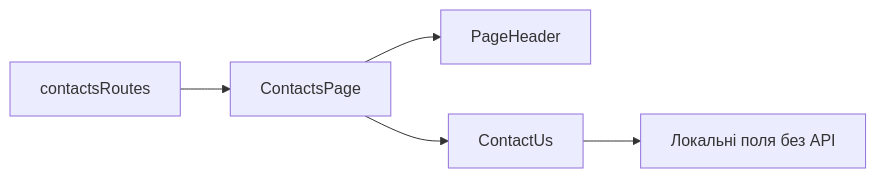
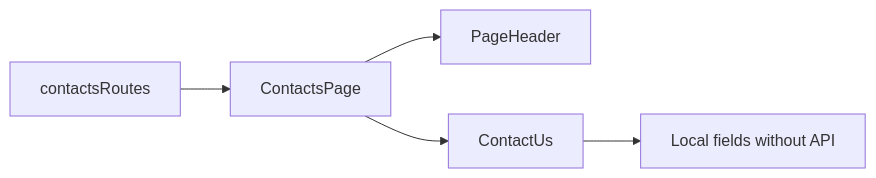
The diagram in docs/features/storefront/content/contacts.md (Weretik/kedr-web), drawn with Mermaid before and after one commit. The commit also changed other lines of this file and 95 other files, not shown here.

Commit message:
docs(frontend): reconcile architecture and feature guidance

````diff
--- a/docs/features/storefront/content/contacts.md
+++ b/docs/features/storefront/content/contacts.md
@@ -10,7 +10,7 @@
 ```mermaid
 flowchart LR
 Route["contactsRoutes"] --> Page["ContactsPage"]
 Page --> Header["PageHeader"]
 Page --> Contact["ContactUs"]
-Contact --> State["Локальні поля без API"]
+Contact --> State["Local fields without API"]
 ```
````
